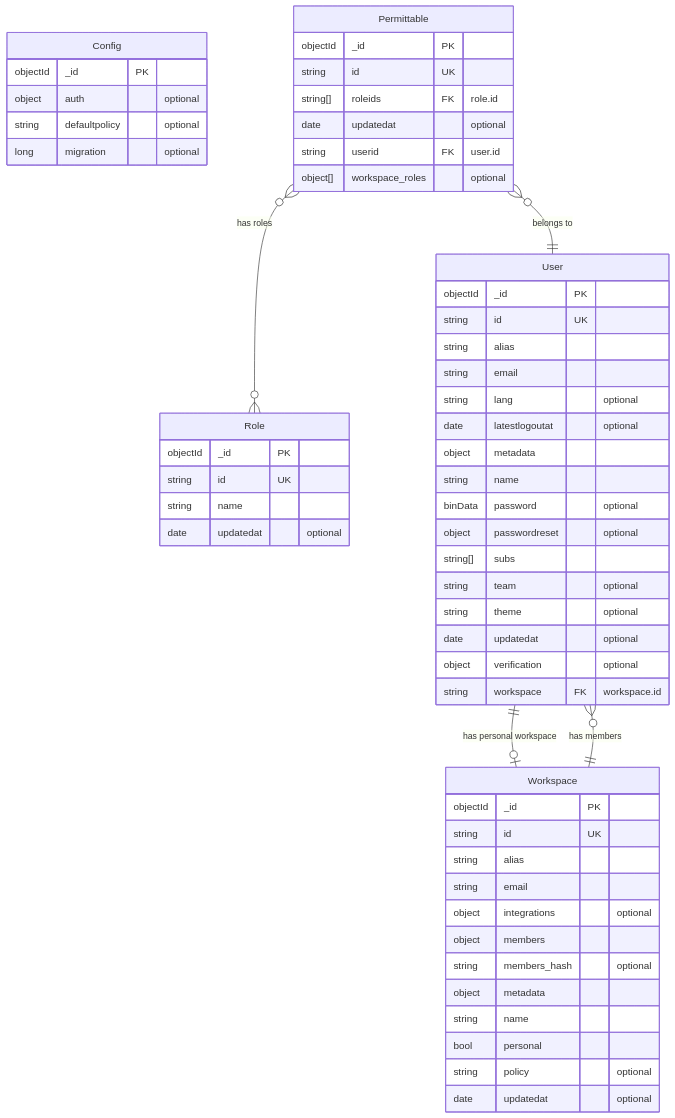
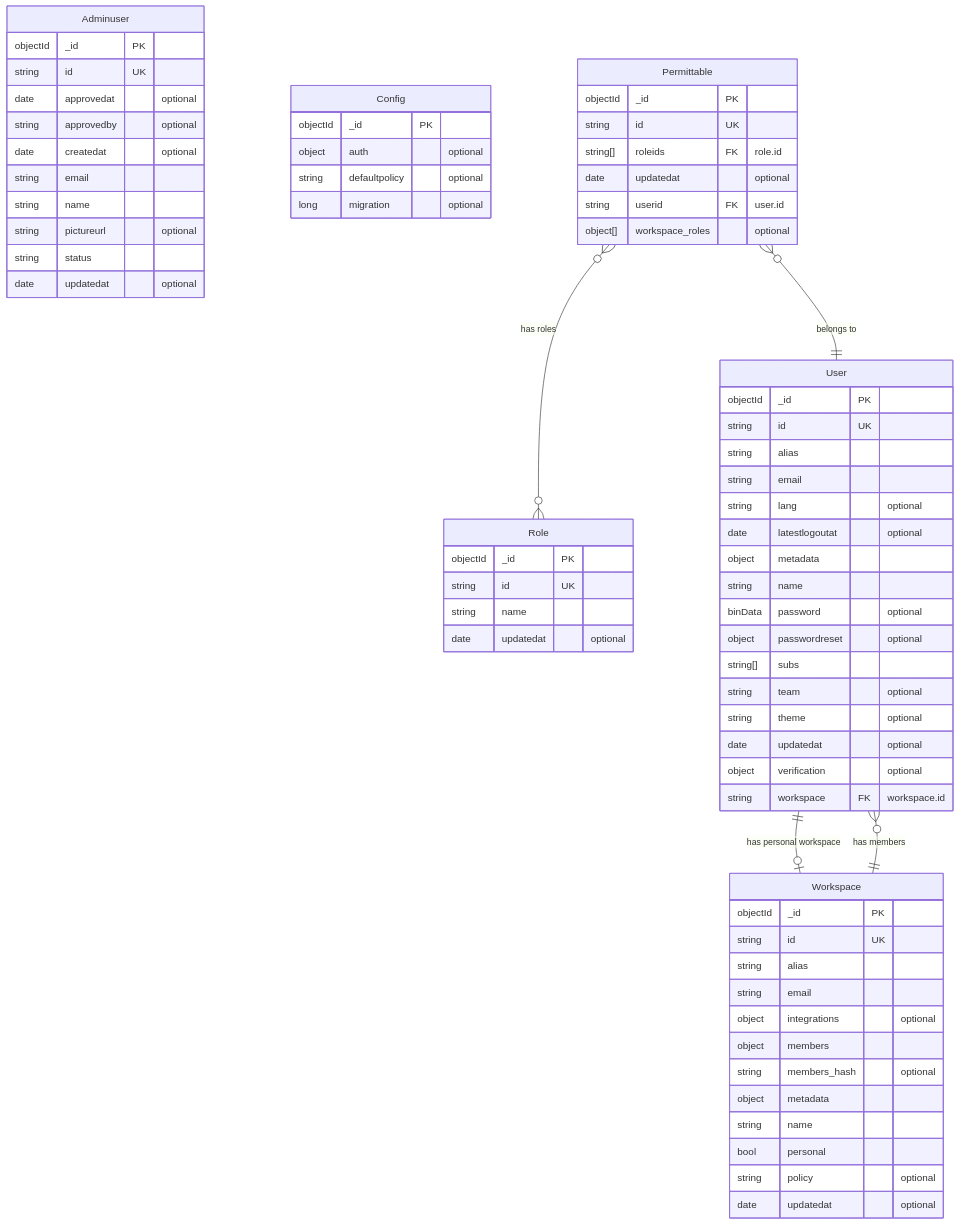
The diagram in server/internal/infrastructure/mongo/schema/ER.md (reearth/reearth-accounts), drawn with Mermaid before and after one commit. The commit also changed 16 other files, not shown here.

````diff
--- a/server/internal/infrastructure/mongo/schema/ER.md
+++ b/server/internal/infrastructure/mongo/schema/ER.md
@@ -5,64 +5,77 @@
 ```mermaid
 erDiagram
+    Adminuser {
+        objectId _id PK
+        string id UK
+        date approvedat "optional"
+        string approvedby "optional"
+        date createdat "optional"
+        string email
+        string name
+        string pictureurl "optional"
+        string status
+        date updatedat "optional"
+    }
+
     Config {
         objectId _id PK
         object auth "optional"
         string defaultpolicy "optional"
         long migration "optional"
     }
 
     Permittable {
         objectId _id PK
         string id UK
         string[] roleids FK "role.id"
         date updatedat "optional"
         string userid FK "user.id"
         object[] workspace_roles "optional"
     }
 
     Role {
         objectId _id PK
         string id UK
         string name
         date updatedat "optional"
     }
 
     User {
         objectId _id PK
         string id UK
         string alias
         string email
         string lang "optional"
         date latestlogoutat "optional"
         object metadata
         string name
         binData password "optional"
         object passwordreset "optional"
         string[] subs
         string team "optional"
         string theme "optional"
         date updatedat "optional"
         object verification "optional"
         string workspace FK "workspace.id"
     }
 
     Workspace {
         objectId _id PK
         string id UK
         string alias
         string email
         object integrations "optional"
         object members
         string members_hash "optional"
         object metadata
         string name
         bool personal
         string policy "optional"
         date updatedat "optional"
     }
 
     User ||--o| Workspace : "has personal workspace"
     Workspace ||--o{ User : "has members"
     Permittable }o--|| User : "belongs to"
     Permittable }o--o{ Role : "has roles"
 ```
````
